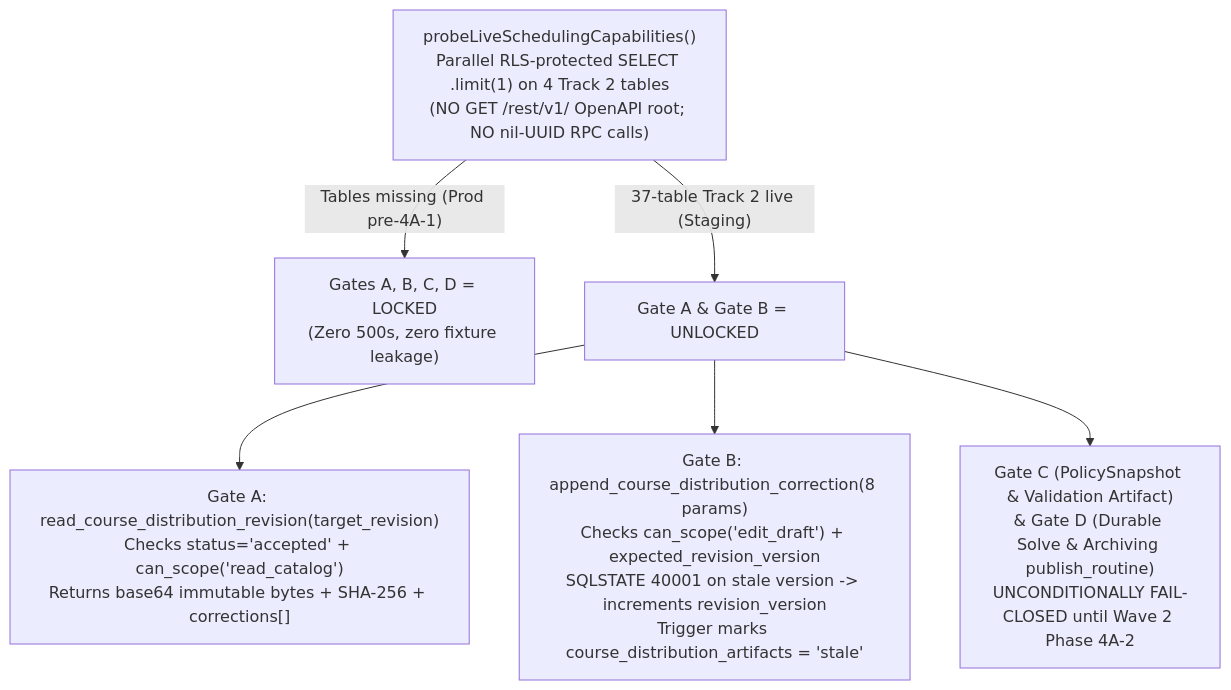
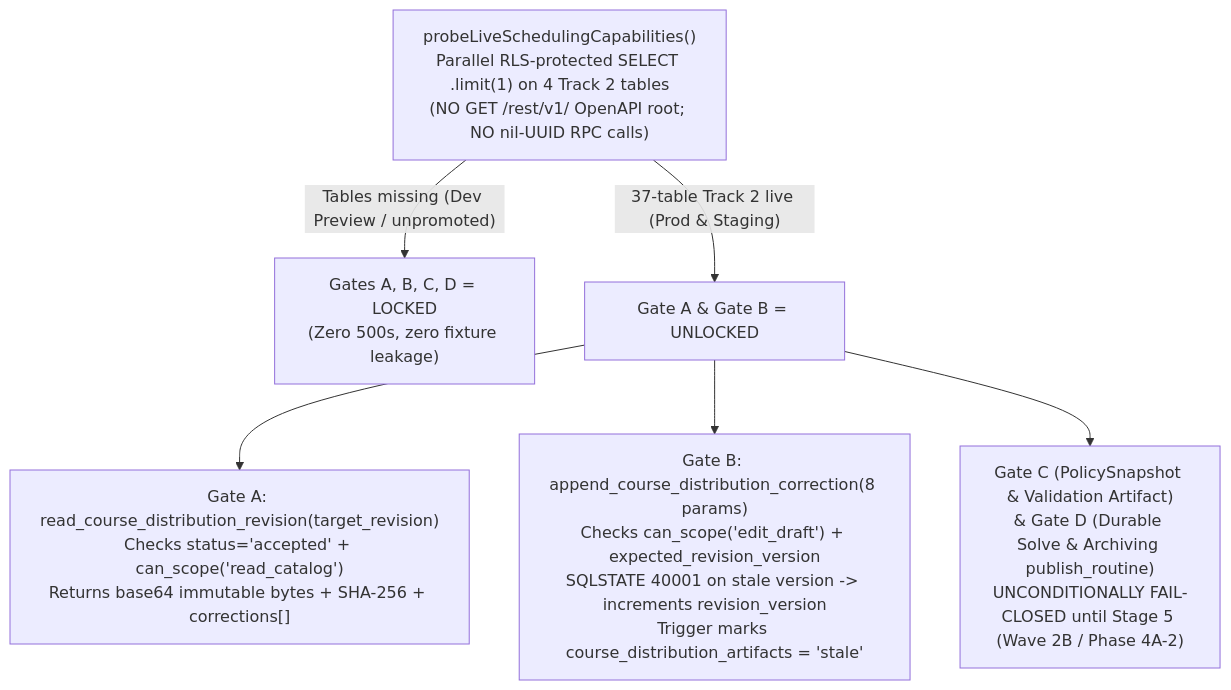
Before and after one commit to FahmidAlam/UniVerse: the fourth of 5 diagrams in docs/backend/04_END_TO_END_DATA_FLOWS_AND_INFRASTRUCTURE.md, drawn with Mermaid. The commit also changed other lines of this file and 5 other files, not shown here.

````diff
--- a/docs/backend/04_END_TO_END_DATA_FLOWS_AND_INFRASTRUCTURE.md
+++ b/docs/backend/04_END_TO_END_DATA_FLOWS_AND_INFRASTRUCTURE.md
@@ -99,9 +100,9 @@
 ```mermaid
 flowchart TD
     Probe["probeLiveSchedulingCapabilities()<br/>Parallel RLS-protected SELECT .limit(1) on 4 Track 2 tables<br/>(NO GET /rest/v1/ OpenAPI root; NO nil-UUID RPC calls)"]
-    Probe -->|"Tables missing (Prod pre-4A-1)"| AllLocked["Gates A, B, C, D = LOCKED<br/>(Zero 500s, zero fixture leakage)"]
-    Probe -->|"37-table Track 2 live (Staging)"| GateAB["Gate A & Gate B = UNLOCKED"]
+    Probe -->|"Tables missing (Dev Preview / unpromoted)"| AllLocked["Gates A, B, C, D = LOCKED<br/>(Zero 500s, zero fixture leakage)"]
+    Probe -->|"37-table Track 2 live (Prod & Staging)"| GateAB["Gate A & Gate B = UNLOCKED"]
     GateAB --> ReadRPC["Gate A: read_course_distribution_revision(target_revision)<br/>Checks status='accepted' + can_scope('read_catalog')<br/>Returns base64 immutable bytes + SHA-256 + corrections[]"]
     GateAB --> AppendRPC["Gate B: append_course_distribution_correction(8 params)<br/>Checks can_scope('edit_draft') + expected_revision_version<br/>SQLSTATE 40001 on stale version -> increments revision_version<br/>Trigger marks course_distribution_artifacts = 'stale'"]
-    GateAB --> GateCD["Gate C (PolicySnapshot & Validation Artifact)<br/>& Gate D (Durable Solve & Archiving publish_routine)<br/>UNCONDITIONALLY FAIL-CLOSED until Wave 2 Phase 4A-2"]
+    GateAB --> GateCD["Gate C (PolicySnapshot & Validation Artifact)<br/>& Gate D (Durable Solve & Archiving publish_routine)<br/>UNCONDITIONALLY FAIL-CLOSED until Stage 5 (Wave 2B / Phase 4A-2)"]
 ```
````
